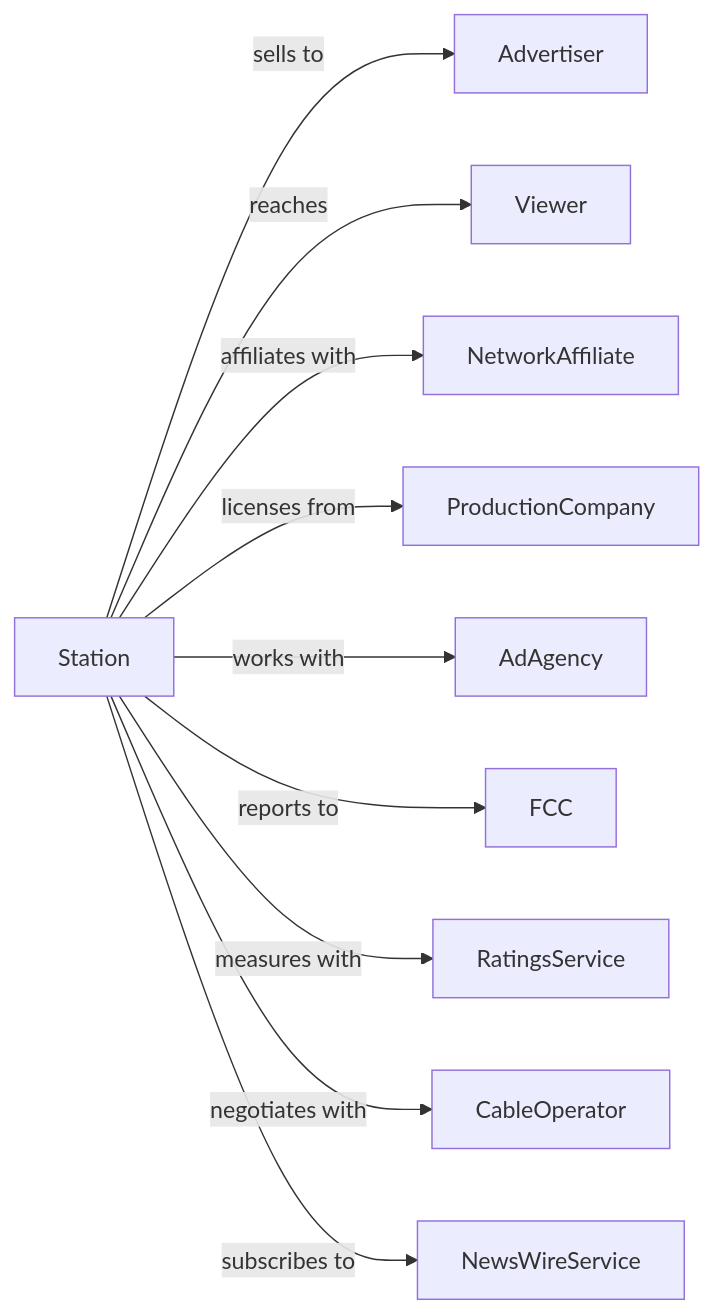
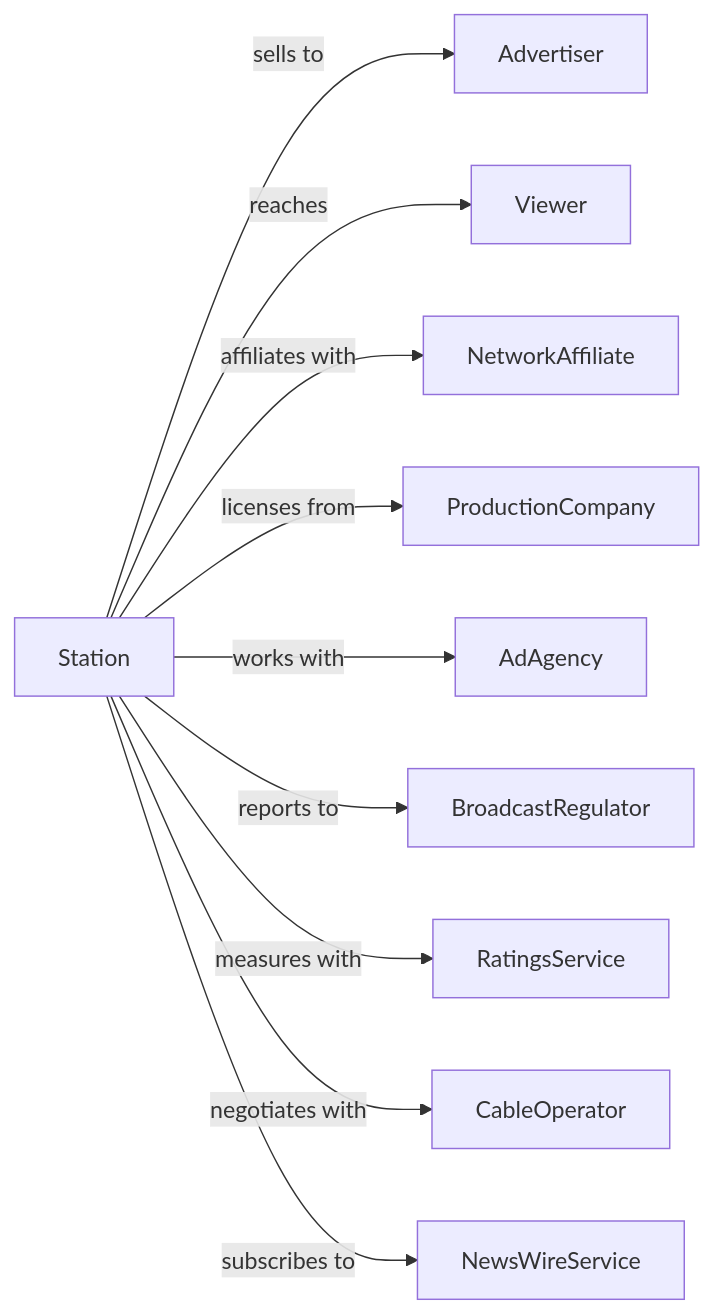
One commit to dot-org-ai/industries.org.ai changed the second of 2 diagrams in Information/BroadcastingAndContentProviders/RadioAndTelevisionBroadcastingStations/TelevisionBroadcastingStations.mdx. Above: the diagram before and after it, drawn with Mermaid. The commit also changed other lines of this file and 639 other files, not shown here.

````diff
--- a/Information/BroadcastingAndContentProviders/RadioAndTelevisionBroadcastingStations/TelevisionBroadcastingStations.mdx
+++ b/Information/BroadcastingAndContentProviders/RadioAndTelevisionBroadcastingStations/TelevisionBroadcastingStations.mdx
@@ -133,14 +133,14 @@
 ```mermaid
 graph LR
     S[Station]
 
     S -->|sells to| Advertiser
     S -->|reaches| Viewer
     S -->|affiliates with| NetworkAffiliate
     S -->|licenses from| ProductionCompany
     S -->|works with| AdAgency
-    S -->|reports to| FCC
+    S -->|reports to| BroadcastRegulator
     S -->|measures with| RatingsService
     S -->|negotiates with| CableOperator
     S -->|subscribes to| NewsWireService
 ```
````
